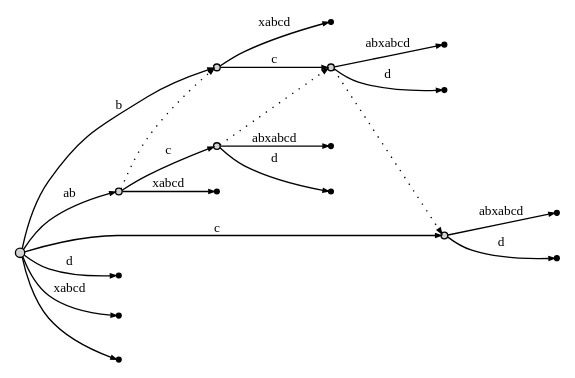
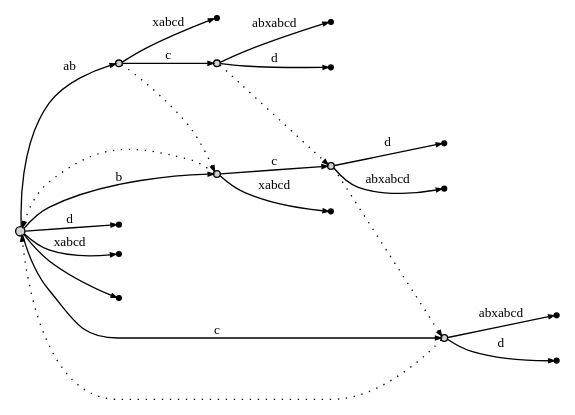
One commit to irachex/suffix_tree changed the diagram in graph.gv. Above: the diagram before and after it, drawn with Graphviz. The commit also changed 1 other file, not shown here.

```diff
--- a/graph.gv
+++ b/graph.gv
@@ -1,42 +1,44 @@
 digraph {
 	rankdir = LR;
 edge [arrowsize=0.4, fontsize=10]
 node1 [label="",style=filled,fillcolor=lightgrey,shape=circle,width=.1,height=.1];
 //----- nodes -----
 	node2 [label="",style=filled,fillcolor=lightgrey,shape=circle,width=.07,height=.07]
 	node6 [label="",shape=point]
 	node5 [label="",style=filled,fillcolor=lightgrey,shape=circle,width=.07,height=.07]
 	node10 [label="",shape=point]
 	node11 [label="",shape=point]
 	node4 [label="",style=filled,fillcolor=lightgrey,shape=circle,width=.07,height=.07]
 	node14 [label="",shape=point]
 	node15 [label="",shape=point]
 	node3 [label="",style=filled,fillcolor=lightgrey,shape=circle,width=.07,height=.07]
 	node8 [label="",shape=point]
 	node7 [label="",style=filled,fillcolor=lightgrey,shape=circle,width=.07,height=.07]
 	node12 [label="",shape=point]
 	node13 [label="",shape=point]
 	node16 [label="",shape=point]
 	node9 [label="",shape=point]
 	node17 [label="",shape=point]
 //----- edges -----
 	node1 -> node2 [label="ab",weight=3]
 	node2 -> node3 [label="",weight=1,style=dotted]
 	node2 -> node6 [label="xabcd",weight=3]
 	node2 -> node5 [label="c",weight=3]
 	node5 -> node7 [label="",weight=1,style=dotted]
 	node5 -> node10 [label="abxabcd",weight=3]
 	node5 -> node11 [label="d",weight=3]
 	node1 -> node4 [label="c",weight=3]
+	node4 -> node1 [label="",weight=1,style=dotted]
 	node4 -> node14 [label="abxabcd",weight=3]
 	node4 -> node15 [label="d",weight=3]
 	node1 -> node3 [label="b",weight=3]
+	node3 -> node1 [label="",weight=1,style=dotted]
 	node3 -> node8 [label="xabcd",weight=3]
 	node3 -> node7 [label="c",weight=3]
 	node7 -> node4 [label="",weight=1,style=dotted]
 	node7 -> node12 [label="abxabcd",weight=3]
 	node7 -> node13 [label="d",weight=3]
 	node1 -> node16 [label="d",weight=3]
 	node1 -> node9 [label="xabcd",weight=3]
 	node1 -> node17 [label="",weight=3]
 }
```
